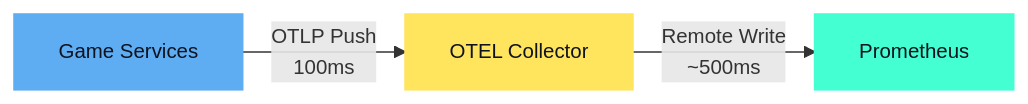
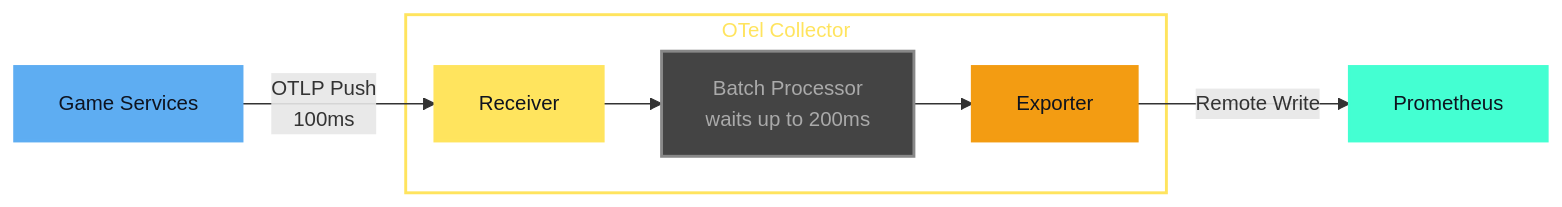
One commit to WatchMeJoustMyFlags/kubecon-material changed the fifth of 6 diagrams in cloud-native-linz-presentation/slides.md. Above: the diagram before and after it, drawn with Mermaid. The commit also changed other lines of this file, not shown here.

Commit message:
fix: improve pull/push slides

````diff
--- a/cloud-native-linz-presentation/slides.md
+++ b/cloud-native-linz-presentation/slides.md
@@ -521,10 +528,19 @@
 ```mermaid {scale:1}
 %%{init: {'themeVariables': {'fontSize': '14px'}, 'flowchart': {'nodeSpacing': 30, 'rankSpacing': 40}}}%%
 graph LR
-    Services[Game Services] -->|OTLP Push<br/>100ms| Collector[OTEL Collector]
-    Collector -->|Remote Write<br/>~500ms| Prom[Prometheus]
+    Services[Game Services] -->|OTLP Push<br/>100ms| Receiver[Receiver]
+
+    subgraph OTelCollector[OTel Collector]
+        Receiver --> BatchProc[Batch Processor<br/>waits up to 200ms]
+        BatchProc --> Exporter[Exporter]
+    end
+
+    Exporter -->|Remote Write| Prom[Prometheus]
 
     style Services fill:#5eadf2,stroke:#5eadf2,stroke-width:2px,color:#0e131f
-    style Collector fill:#ffe45e,stroke:#ffe45e,stroke-width:2px,color:#0e131f
+    style Receiver fill:#ffe45e,stroke:#ffe45e,stroke-width:2px,color:#0e131f
+    style BatchProc fill:#444444,stroke:#888888,stroke-width:2px,color:#aaaaaa
+    style Exporter fill:#f39c12,stroke:#f39c12,stroke-width:2px,color:#0e131f
     style Prom fill:#44ffd2,stroke:#44ffd2,stroke-width:2px,color:#0e131f
+    style OTelCollector fill:transparent,stroke:#ffe45e,stroke-width:2px,color:#ffe45e
 ```
````
